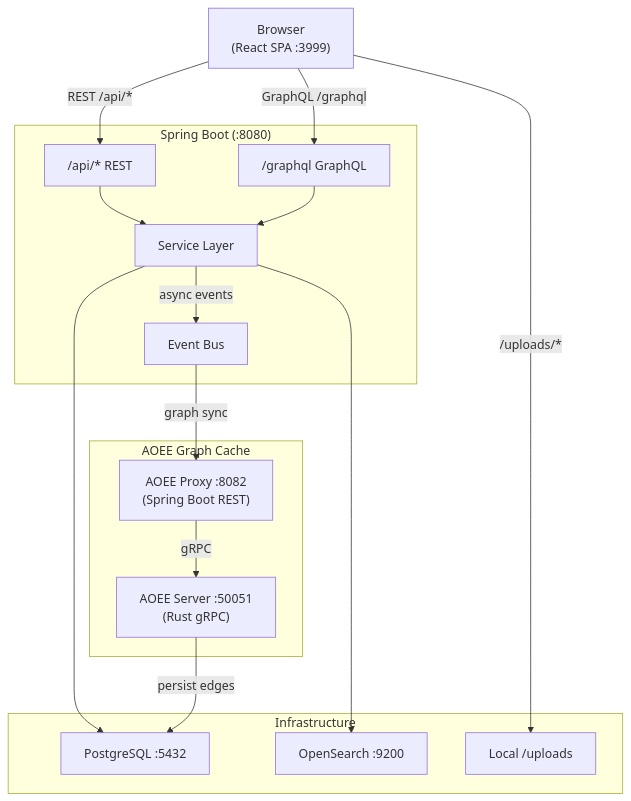
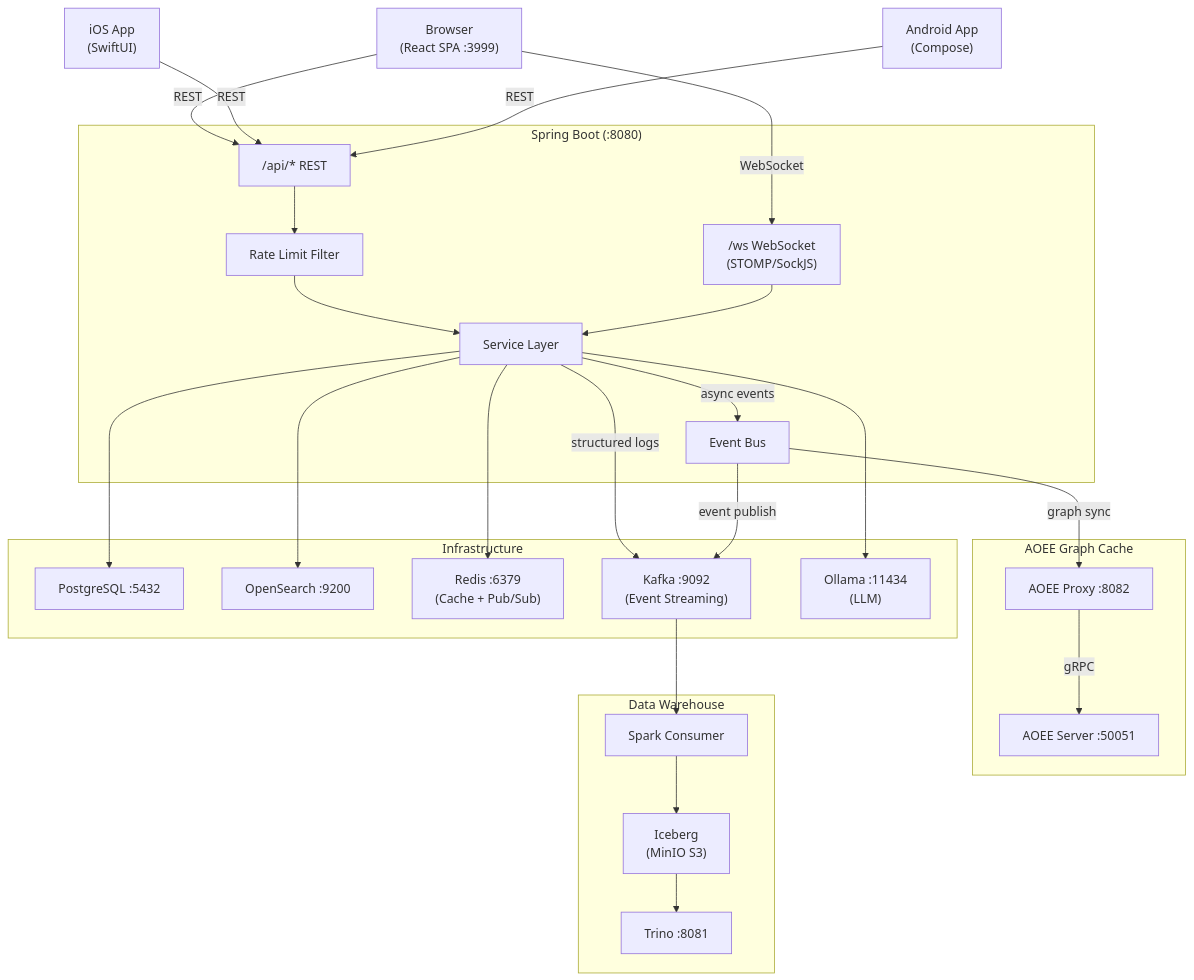
One commit to geekychris/enterprise_social_platform changed the first of 16 diagrams in docs/ARCHITECTURE.md. Above: the diagram before and after it, drawn with Mermaid. The commit also changed other lines of this file and 85 other files, not shown here.

````diff
--- a/docs/ARCHITECTURE.md
+++ b/docs/ARCHITECTURE.md
@@ -19,34 +24,50 @@
 ```mermaid
 graph TB
     Browser["Browser<br/>(React SPA :3999)"]
+    iOS["iOS App<br/>(SwiftUI)"]
+    Android["Android App<br/>(Compose)"]
 
     subgraph Backend ["Spring Boot (:8080)"]
         REST["/api/* REST"]
-        GQL["/graphql GraphQL"]
+        WS["/ws WebSocket<br/>(STOMP/SockJS)"]
         Services["Service Layer"]
         Events["Event Bus"]
+        RateLimit["Rate Limit Filter"]
     end
 
     subgraph Infrastructure
         PG["PostgreSQL :5432"]
         OS["OpenSearch :9200"]
-        Upload["Local /uploads"]
+        Redis["Redis :6379<br/>(Cache + Pub/Sub)"]
+        Kafka["Kafka :9092<br/>(Event Streaming)"]
+        Ollama["Ollama :11434<br/>(LLM)"]
     end
 
     subgraph AOEE ["AOEE Graph Cache"]
-        Proxy["AOEE Proxy :8082<br/>(Spring Boot REST)"]
-        GRPC["AOEE Server :50051<br/>(Rust gRPC)"]
+        Proxy["AOEE Proxy :8082"]
+        GRPC["AOEE Server :50051"]
     end
 
-    Browser -->|"REST /api/*"| REST
-    Browser -->|"GraphQL /graphql"| GQL
-    Browser -->|"/uploads/*"| Upload
-    REST --> Services
-    GQL --> Services
+    subgraph Warehouse ["Data Warehouse"]
+        Spark["Spark Consumer"]
+        Iceberg["Iceberg<br/>(MinIO S3)"]
+        Trino["Trino :8081"]
+    end
+
+    Browser -->|"REST"| REST
+    iOS -->|"REST"| REST
+    Android -->|"REST"| REST
+    Browser -->|"WebSocket"| WS
+    REST --> RateLimit --> Services
+    WS --> Services
     Services --> PG
     Services --> OS
+    Services --> Redis
+    Services -->|"structured logs"| Kafka
+    Services --> Ollama
     Services -->|"async events"| Events
     Events -->|"graph sync"| Proxy
+    Events -->|"event publish"| Kafka
     Proxy -->|"gRPC"| GRPC
-    GRPC -->|"persist edges"| PG
+    Kafka --> Spark --> Iceberg --> Trino
 ```
````
